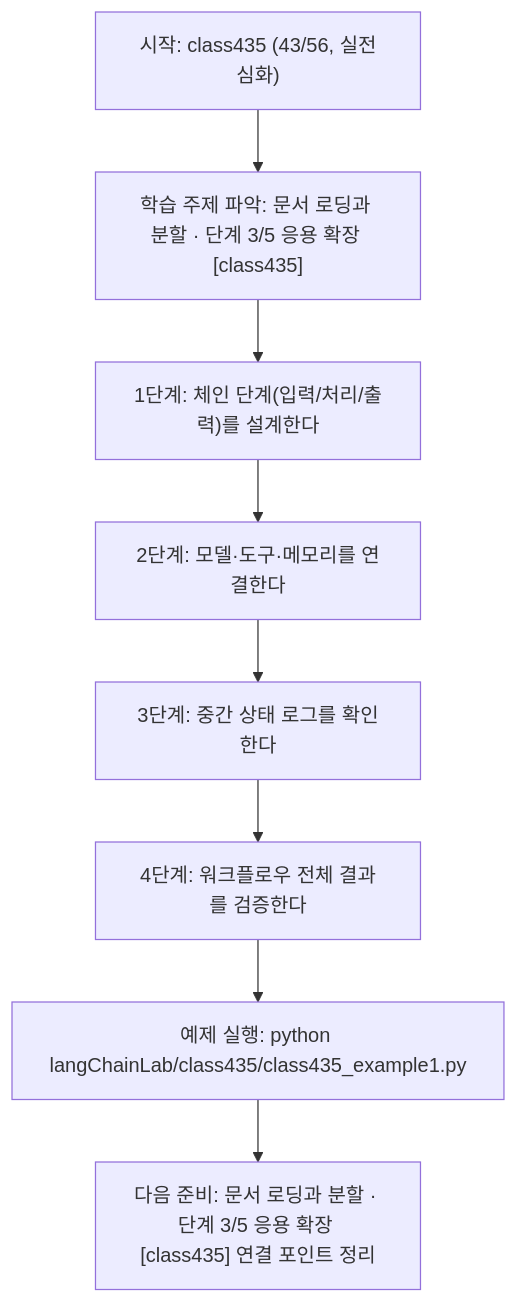
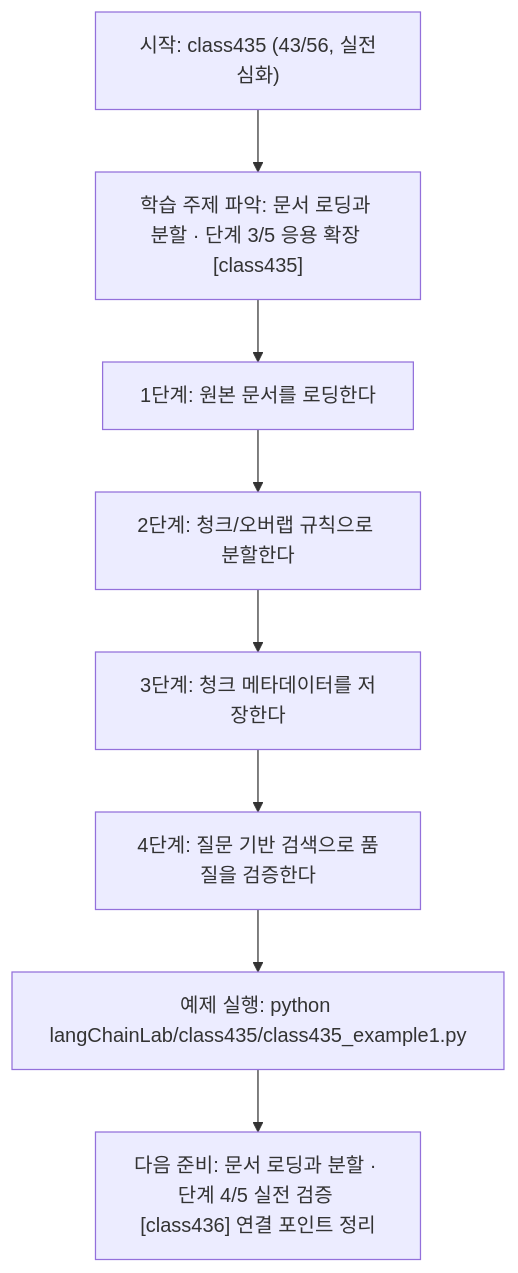
Before and after one commit to edumgt/Python-AI_Agent-Class: the diagram in langChainLab/class435/class435.md, drawn with Mermaid. The commit also changed other lines of this file and 395 other files, not shown here.

````diff
--- a/langChainLab/class435/class435.md
+++ b/langChainLab/class435/class435.md
@@ -110,18 +91,18 @@
 ```mermaid
 flowchart TD
 N1["시작: class435 (43/56, 실전심화)"]
 N2["학습 주제 파악: 문서 로딩과 분할 · 단계 3/5 응용 확장 [class435]"]
-N3["1단계: 체인 단계(입력/처리/출력)를 설계한다"]
-N4["2단계: 모델·도구·메모리를 연결한다"]
-N5["3단계: 중간 상태 로그를 확인한다"]
-N6["4단계: 워크플로우 전체 결과를 검증한다"]
+N3["1단계: 원본 문서를 로딩한다"]
+N4["2단계: 청크/오버랩 규칙으로 분할한다"]
+N5["3단계: 청크 메타데이터를 저장한다"]
+N6["4단계: 질문 기반 검색으로 품질을 검증한다"]
 N7["예제 실행: python langChainLab/class435/class435_example1.py"]
-N8["다음 준비: 문서 로딩과 분할 · 단계 3/5 응용 확장 [class435] 연결 포인트 정리"]
+N8["다음 준비: 문서 로딩과 분할 · 단계 4/5 실전 검증 [class436] 연결 포인트 정리"]
 N1 --> N2
 N2 --> N3
 N3 --> N4
 N4 --> N5
 N5 --> N6
 N6 --> N7
 N7 --> N8
 ```
````
